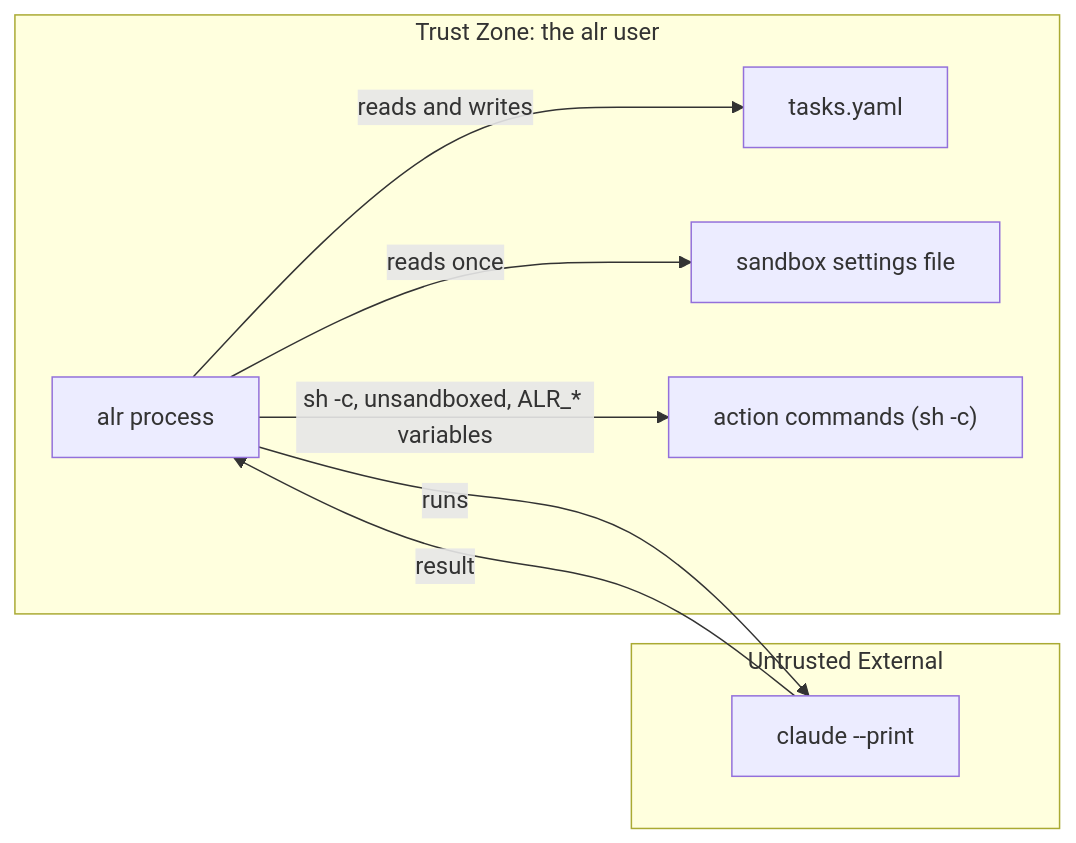
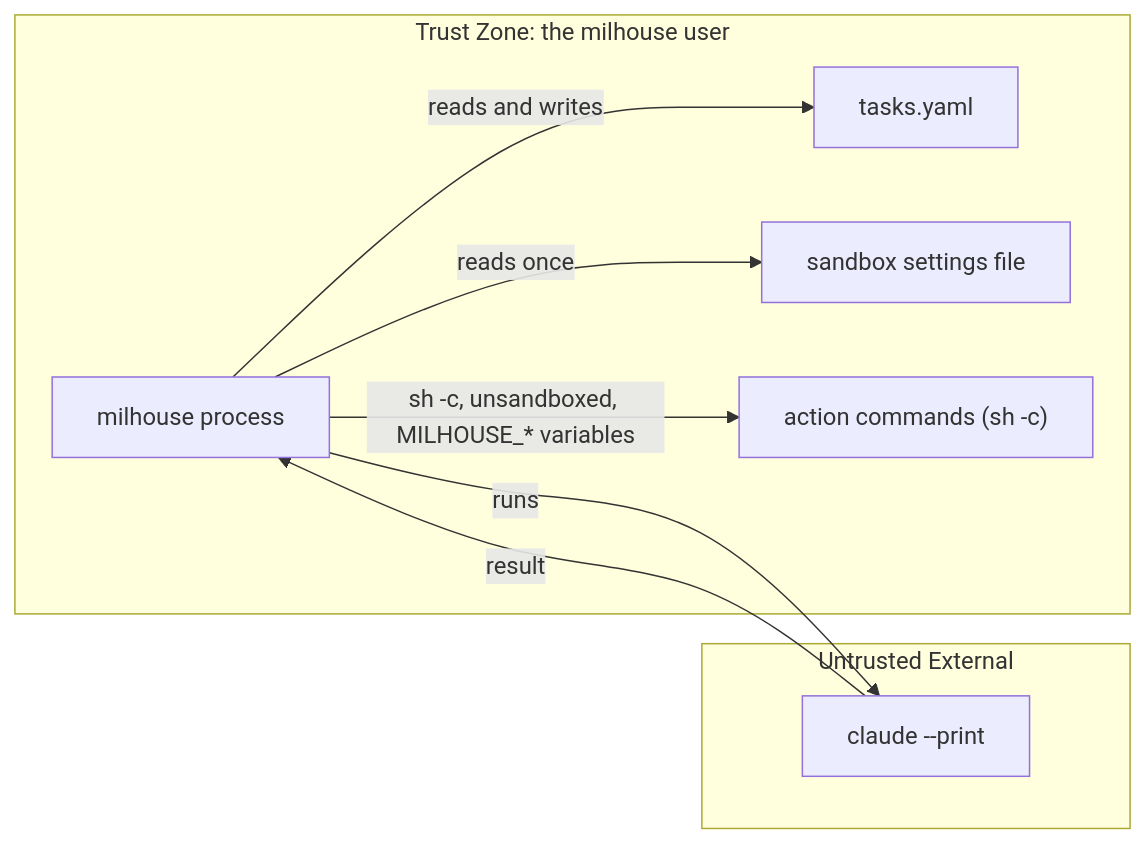
The fifth of 5 diagrams in docs/design/03_system_architecture.md (twistingmercury/agentic_loop_runner), drawn with Mermaid before and after one commit. The commit also changed other lines of this file and 152 other files, not shown here.

First line of the commit message:
Rename alr to milhouse (ADR-041) (#94)

````diff
--- a/docs/design/03_system_architecture.md
+++ b/docs/design/03_system_architecture.md
@@ -707,17 +707,17 @@
 ```mermaid
 graph LR
-    subgraph TrustZone["Trust Zone: the alr user"]
-        ALR["alr process"]
+    subgraph TrustZone["Trust Zone: the milhouse user"]
+        MILHOUSE["milhouse process"]
         TaskFile["tasks.yaml"]
         SettingsFile["sandbox settings file"]
         Actions["action commands (sh -c)"]
     end
     subgraph External["Untrusted External"]
         Claude["claude --print"]
     end
-    ALR -->|reads and writes| TaskFile
-    ALR -->|reads once| SettingsFile
-    ALR -->|runs| Claude
-    Claude -->|result| ALR
-    ALR -->|sh -c, unsandboxed, ALR_* variables| Actions
+    MILHOUSE -->|reads and writes| TaskFile
+    MILHOUSE -->|reads once| SettingsFile
+    MILHOUSE -->|runs| Claude
+    Claude -->|result| MILHOUSE
+    MILHOUSE -->|sh -c, unsandboxed, MILHOUSE_* variables| Actions
 ```
````
